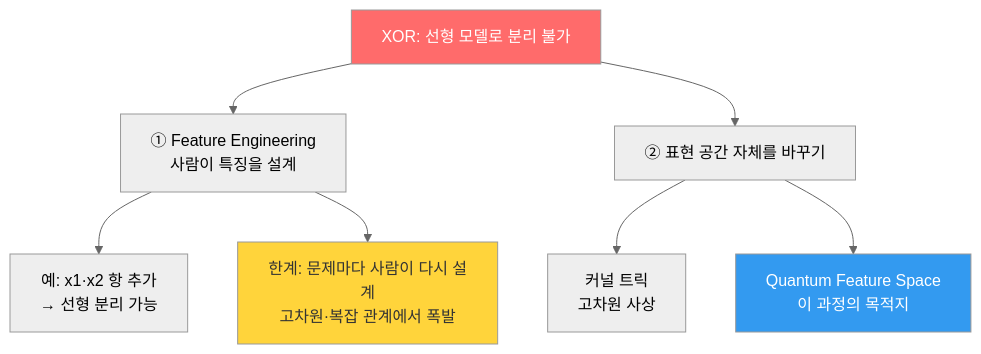
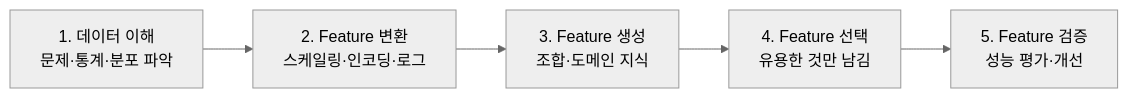
One commit to umyunsang/edu changed the diagram in ComputerScience/03_ai-ml-data/quantum-ml/01. 표현력의 한계.md. Above: the diagram before and after it, drawn with Mermaid (neutral theme). The commit also changed other lines of this file, not shown here.

First line of the commit message:
docs(quantum-ml): 01. 표현력의 한계 재작성

````diff
--- a/ComputerScience/03_ai-ml-data/quantum-ml/01. 표현력의 한계.md
+++ b/ComputerScience/03_ai-ml-data/quantum-ml/01. 표현력의 한계.md
@@ -80,13 +32,7 @@
 ```mermaid
-flowchart TD
-    P["XOR: 선형 모델로 분리 불가"] --> A["① Feature Engineering<br/>사람이 특징을 설계"]
-    P --> B["② 표현 공간 자체를 바꾸기"]
-    A --> A1["예: x1·x2 항 추가<br/>→ 선형 분리 가능"]
-    A --> A2["한계: 문제마다 사람이 다시 설계<br/>고차원·복잡 관계에서 폭발"]
-    B --> B1["커널 트릭<br/>고차원 사상"]
-    B --> B2["Quantum Feature Space<br/>이 과정의 목적지"]
-
-    style P fill:#ff6b6b,color:#fff
-    style A2 fill:#ffd43b,color:#333
-    style B2 fill:#339af0,color:#fff
+flowchart LR
+    S1["1. 데이터 이해<br/>문제·통계·분포 파악"] --> S2["2. Feature 변환<br/>스케일링·인코딩·로그"]
+    S2 --> S3["3. Feature 생성<br/>조합·도메인 지식"]
+    S3 --> S4["4. Feature 선택<br/>유용한 것만 남김"]
+    S4 --> S5["5. Feature 검증<br/>성능 평가·개선"]
 ```
````
